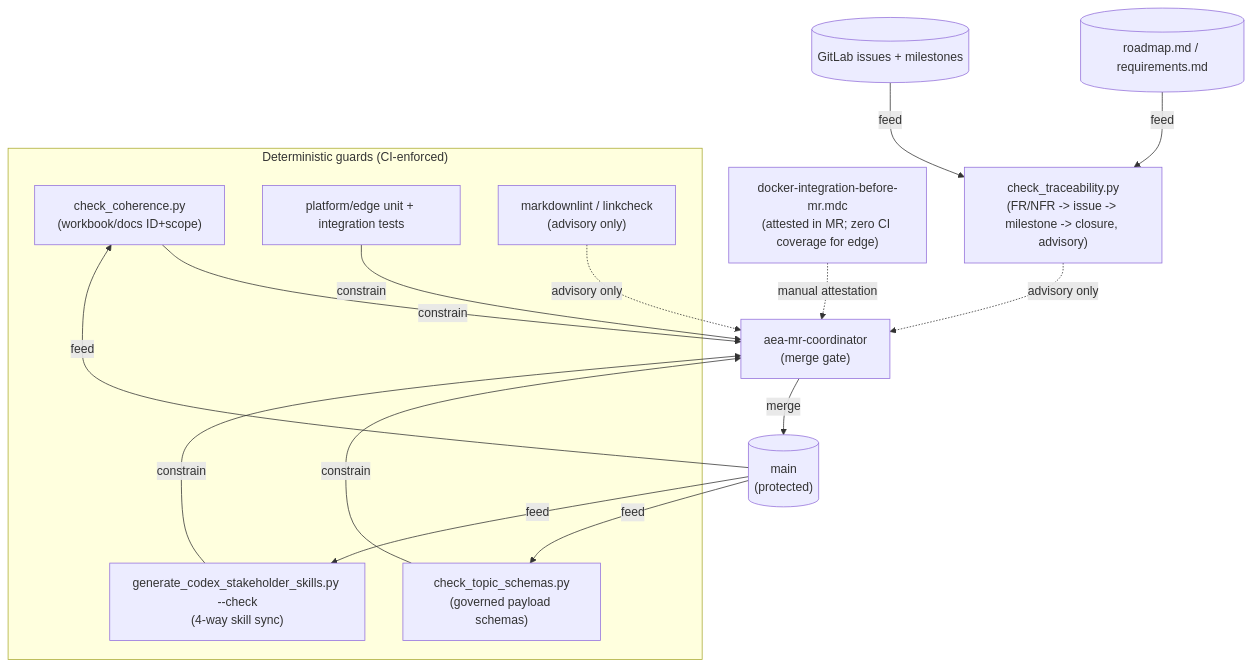
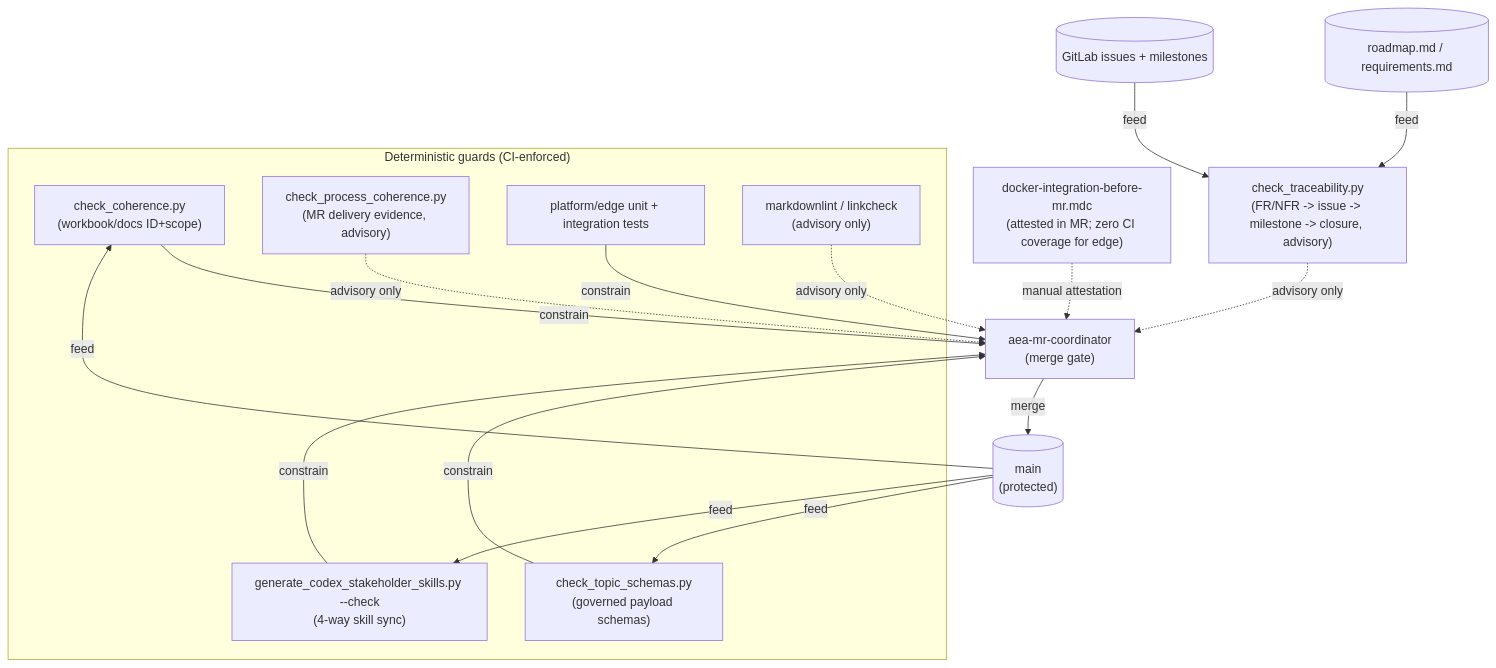
Before and after one commit to artofdream/adaptive-experience: the first of 3 diagrams in research/loop-graph.md, drawn with Mermaid. The commit also changed other lines of this file and 4 other files, not shown here.

Commit message:
ci: add advisory process coherence guard

````diff
--- a/research/loop-graph.md
+++ b/research/loop-graph.md
@@ -48,31 +48,33 @@
 ```mermaid
 flowchart TD
     subgraph guards["Deterministic guards (CI-enforced)"]
         CC["check_coherence.py<br/>(workbook/docs ID+scope)"]
         TS["check_topic_schemas.py<br/>(governed payload schemas)"]
         SS["generate_codex_stakeholder_skills.py --check<br/>(4-way skill sync)"]
+        PC["check_process_coherence.py<br/>(MR delivery evidence, advisory)"]
         PU["platform/edge unit + integration tests"]
         LINT["markdownlint / linkcheck<br/>(advisory only)"]
     end
 
     TRACE["check_traceability.py<br/>(FR/NFR -> issue -> milestone -> closure, advisory)"]
     DOCKER["docker-integration-before-mr.mdc<br/>(attested in MR; zero CI coverage for edge)"]
     MRC["aea-mr-coordinator<br/>(merge gate)"]
     MAIN[("main<br/>(protected)")]
     ROADMAP[("roadmap.md / requirements.md")]
     ISSUES[("GitLab issues + milestones")]
 
     CC -- constrain --> MRC
     TS -- constrain --> MRC
     SS -- constrain --> MRC
+    PC -. advisory only .-> MRC
     PU -- constrain --> MRC
     LINT -. advisory only .-> MRC
     DOCKER -. manual attestation .-> MRC
     ROADMAP -- feed --> TRACE
     ISSUES -- feed --> TRACE
     TRACE -. advisory only .-> MRC
     MRC -- merge --> MAIN
     MAIN -- feed --> CC
     MAIN -- feed --> TS
     MAIN -- feed --> SS
 ```
````
